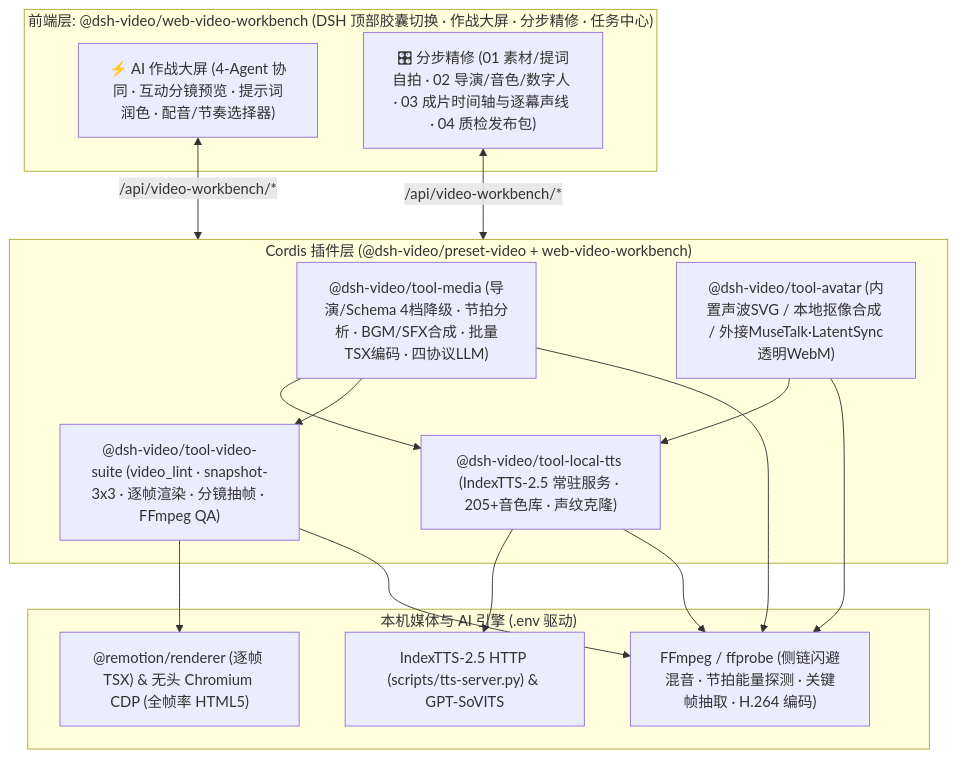
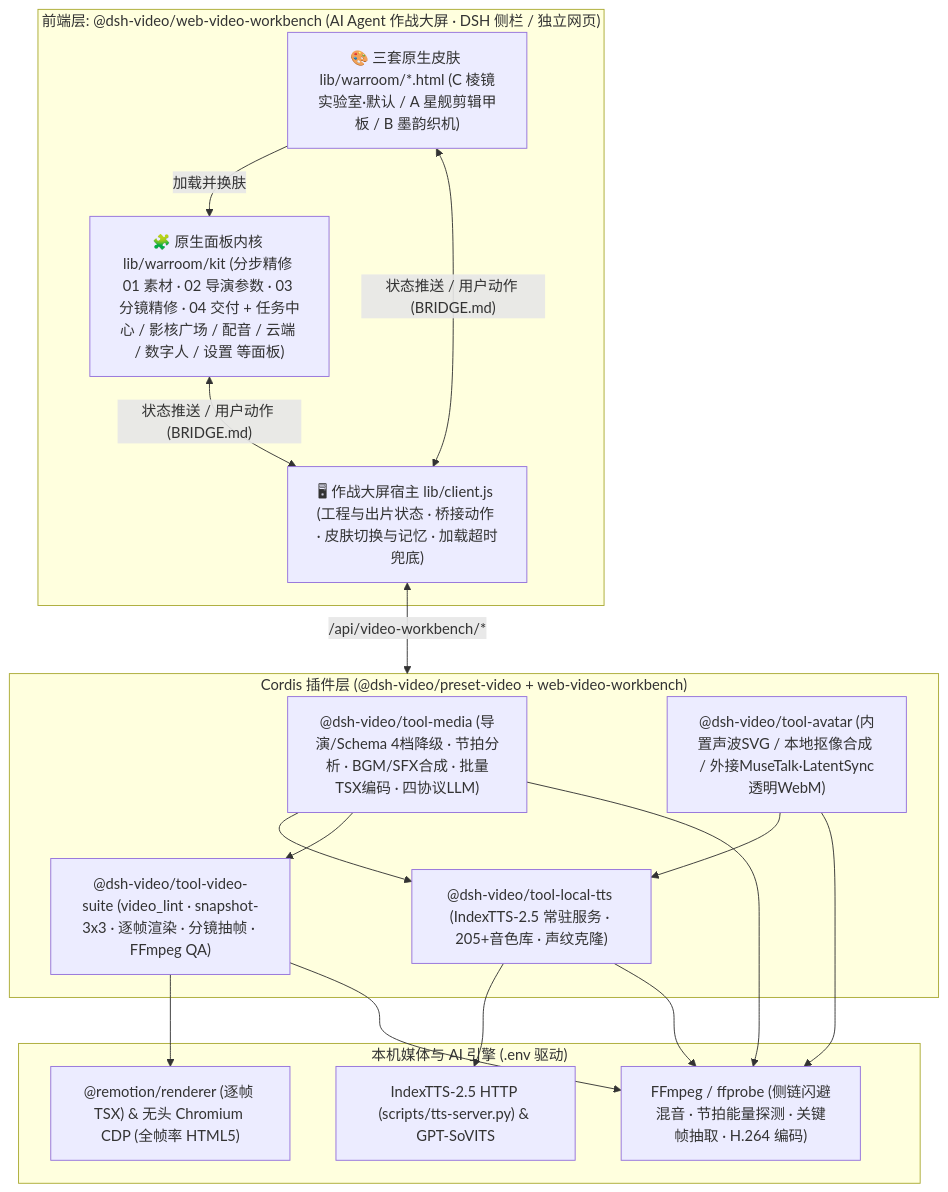
One commit to Merziller/dsh-video-workbench changed the diagram in README.md. Above: the diagram before and after it, drawn with Mermaid. The commit also changed other lines of this file and 281 other files, not shown here.

````diff
--- a/README.md
+++ b/README.md
@@ -115,26 +169,29 @@
 ```mermaid
 flowchart TB
-  subgraph UI["前端层: @dsh-video/web-video-workbench (DSH 顶部胶囊切换 · 作战大屏 · 分步精修 · 任务中心)"]
-    WarRoom["⚡ AI 作战大屏 (4-Agent 协同 · 互动分镜预览 · 提示词润色 · 配音/节奏选择器)"]
-    Studio["🎛 分步精修 (01 素材/提词自拍 · 02 导演/音色/数字人 · 03 成片时间轴与逐幕声线 · 04 质检发布包)"]
+  subgraph UI["前端层: @dsh-video/web-video-workbench (AI Agent 作战大屏 · DSH 侧栏 / 独立网页)"]
+    Host["🖥 作战大屏宿主 lib/client.js (工程与出片状态 · 桥接动作 · 皮肤切换与记忆 · 加载超时兜底)"]
+    Skins["🎨 三套原生皮肤 lib/warroom/*.html (C 棱镜实验室·默认 / A 星舰剪辑甲板 / B 墨韵织机)"]
+    Kit["🧩 原生面板内核 lib/warroom/kit (分步精修 01 素材 · 02 导演参数 · 03 分镜精修 · 04 交付 + 任务中心 / 影核广场 / 配音 / 云端 / 数字人 / 设置 等面板)"]
   end
 
   subgraph Core["Cordis 插件层 (@dsh-video/preset-video + web-video-workbench)"]
     Media["@dsh-video/tool-media (导演/Schema 4档降级 · 节拍分析 · BGM/SFX合成 · 批量TSX编码 · 四协议LLM)"]
     Avatar["@dsh-video/tool-avatar (内置声波SVG / 本地抠像合成 / 外接MuseTalk·LatentSync透明WebM)"]
     TTS["@dsh-video/tool-local-tts (IndexTTS-2.5 常驻服务 · 205+音色库 · 声纹克隆)"]
     Suite["@dsh-video/tool-video-suite (video_lint · snapshot-3x3 · 逐帧渲染 · 分镜抽帧 · FFmpeg QA)"]
   end
 
   subgraph Engines["本机媒体与 AI 引擎 (.env 驱动)"]
     IndexTTS["IndexTTS-2.5 HTTP (scripts/tts-server.py) & GPT-SoVITS"]
     FFmpeg["FFmpeg / ffprobe (侧链闪避混音 · 节拍能量探测 · 关键帧抽取 · H.264 编码)"]
     Renderers["@remotion/renderer (逐帧 TSX) & 无头 Chromium CDP (全帧率 HTML5)"]
   end
 
-  WarRoom & Studio <-->|"/api/video-workbench/*"| Core
+  Skins -->|"加载并换肤"| Kit
+  Skins & Kit <-->|"状态推送 / 用户动作 (BRIDGE.md)"| Host
+  Host <-->|"/api/video-workbench/*"| Core
   Media --> TTS & Suite & FFmpeg
   Avatar --> TTS & FFmpeg
   TTS --> IndexTTS & FFmpeg
   Suite --> Renderers & FFmpeg
 ```
````
